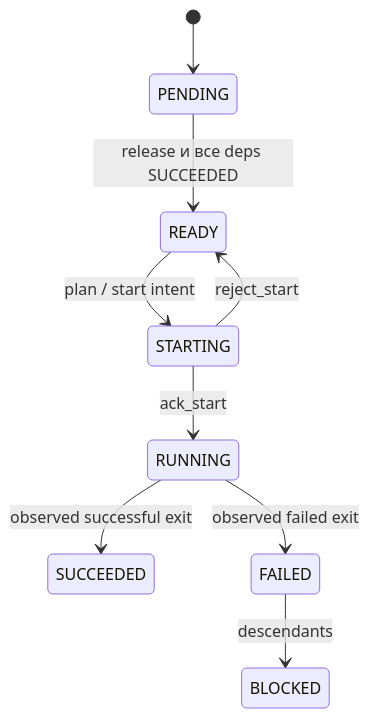
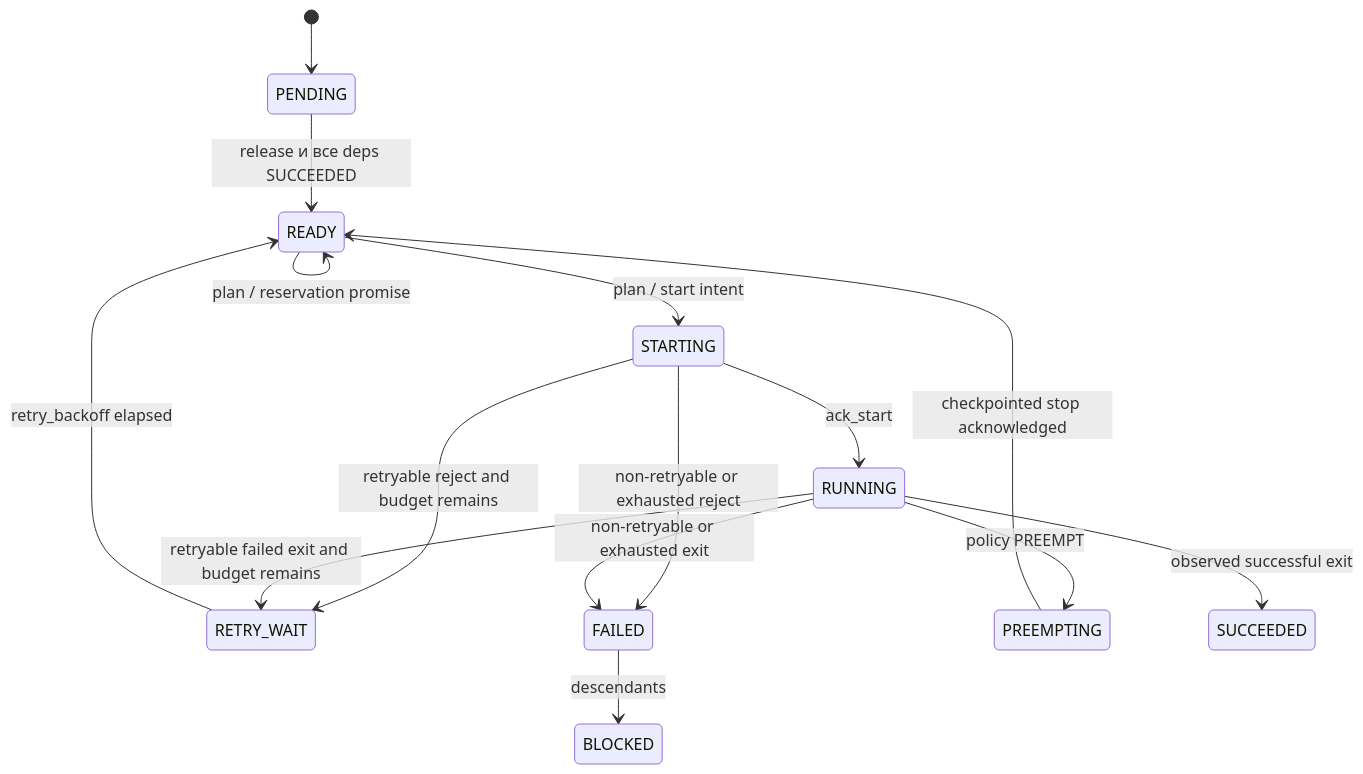
The diagram in docs/online.md (onevay/DAG_scheduler), drawn with Mermaid before and after one commit. The commit also changed other lines of this file and 9 other files, not shown here.

````diff
--- a/docs/online.md
+++ b/docs/online.md
@@ -56,11 +60,17 @@
 ```mermaid
 stateDiagram-v2
     [*] --> PENDING
     PENDING --> READY: release и все deps SUCCEEDED
+    READY --> READY: plan / reservation promise
     READY --> STARTING: plan / start intent
     STARTING --> RUNNING: ack_start
-    STARTING --> READY: reject_start
+    STARTING --> RETRY_WAIT: retryable reject and budget remains
+    STARTING --> FAILED: non-retryable or exhausted reject
+    RUNNING --> PREEMPTING: policy PREEMPT
+    PREEMPTING --> READY: checkpointed stop acknowledged
     RUNNING --> SUCCEEDED: observed successful exit
-    RUNNING --> FAILED: observed failed exit
+    RUNNING --> RETRY_WAIT: retryable failed exit and budget remains
+    RUNNING --> FAILED: non-retryable or exhausted exit
+    RETRY_WAIT --> READY: retry_backoff elapsed
     FAILED --> BLOCKED: descendants
 ```
````
